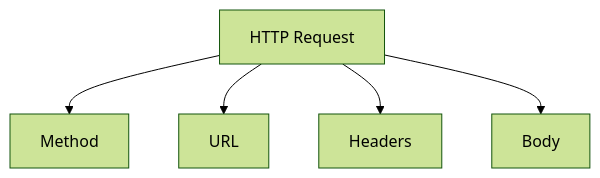
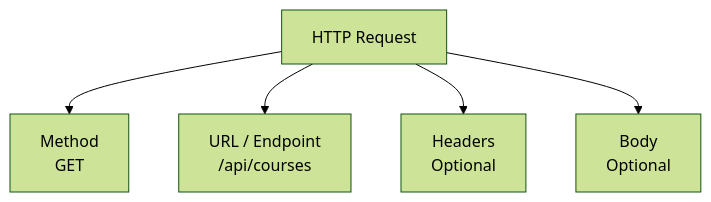
Before and after one commit to reltronersk/skill-wanderer-progress-documentation: the first of 5 diagrams in module-0-1/README.md, drawn with Mermaid (forest theme). The commit also changed other lines of this file, not shown here.

````diff
--- a/module-0-1/README.md
+++ b/module-0-1/README.md
@@ -84,9 +27,8 @@
-``` mermaid
+```mermaid
 flowchart TB
     A["HTTP Request"]
-
-    A --> B["Method"]
-    A --> C["URL"]
-    A --> D["Headers"]
-    A --> E["Body"]
+    A --> B["Method<br/>GET"]
+    A --> C["URL / Endpoint<br/>/api/courses"]
+    A --> D["Headers<br/>Optional"]
+    A --> E["Body<br/>Optional"]
 ```
````
